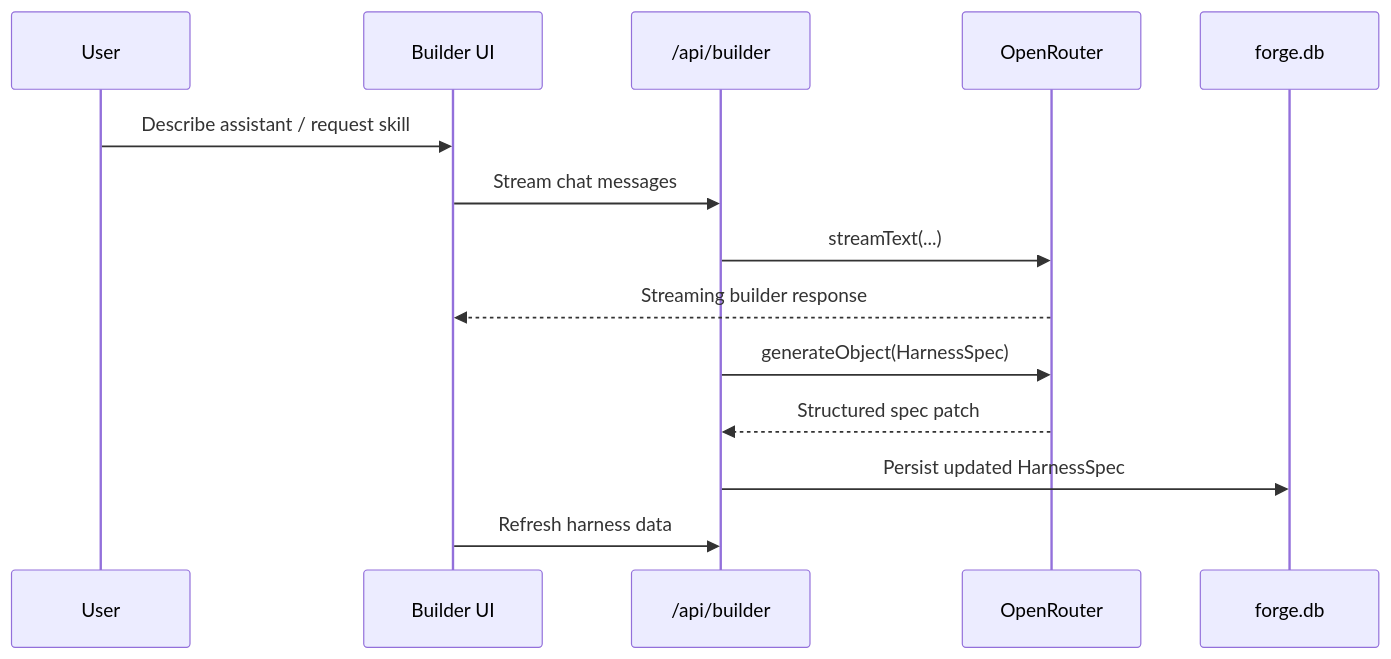
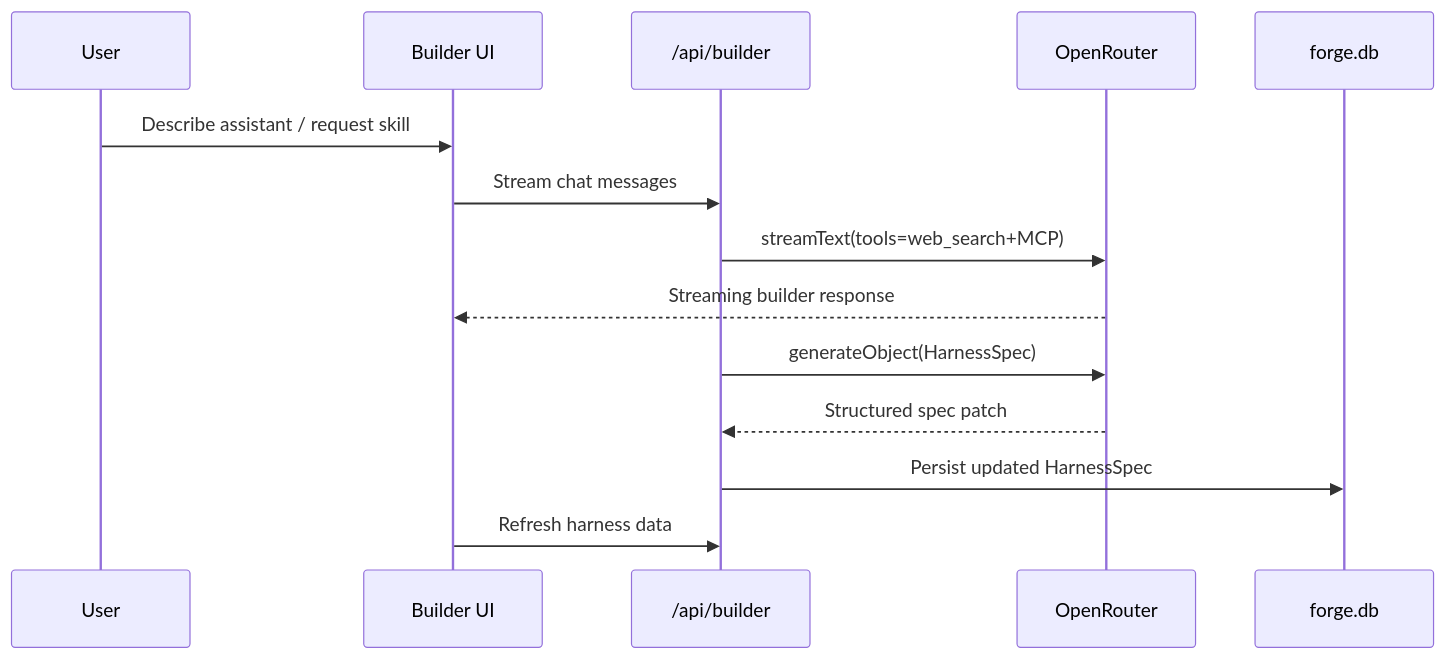
The second of 3 diagrams in README.md (juggperc/YunForge), drawn with Mermaid before and after one commit. The commit also changed other lines of this file and 20 other files, not shown here.

Commit message:
Add MCP runtime tools and chunked web search

````diff
--- a/README.md
+++ b/README.md
@@ -49,17 +56,17 @@
 ```mermaid
 sequenceDiagram
     participant U as User
     participant UI as Builder UI
     participant API as /api/builder
     participant OR as OpenRouter
     participant DB as forge.db
 
     U->>UI: Describe assistant / request skill
     UI->>API: Stream chat messages
-    API->>OR: streamText(...)
+    API->>OR: streamText(tools=web_search+MCP)
     OR-->>UI: Streaming builder response
     API->>OR: generateObject(HarnessSpec)
     OR-->>API: Structured spec patch
     API->>DB: Persist updated HarnessSpec
     UI->>API: Refresh harness data
 ```
````
